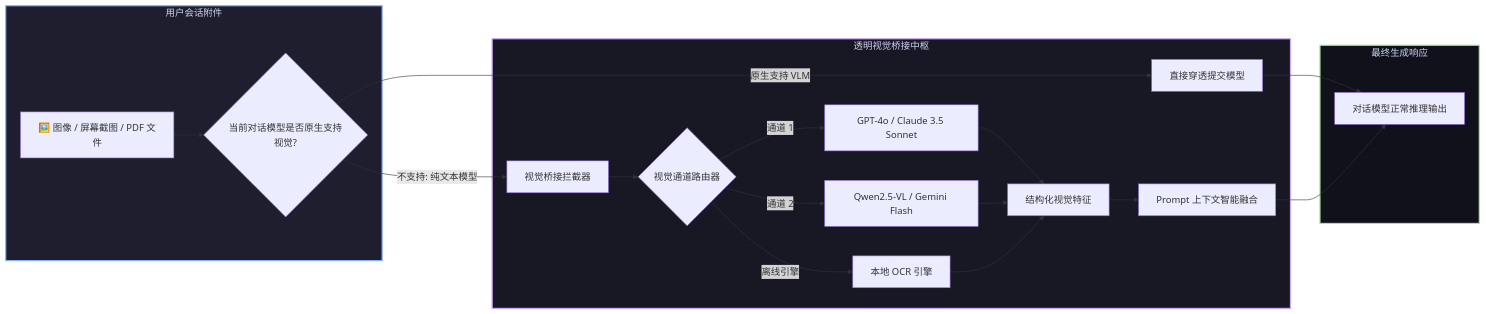
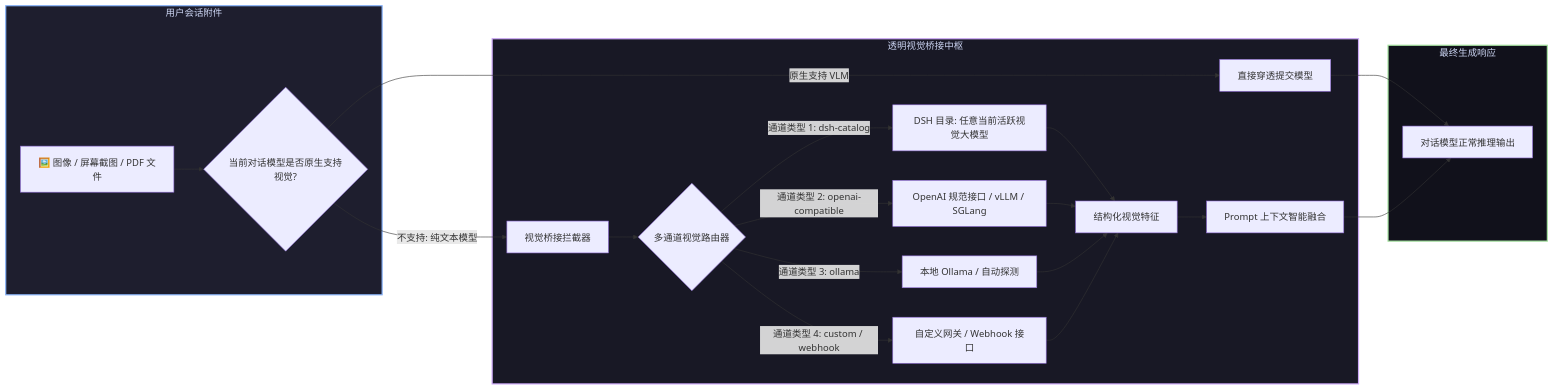
One commit to GooDAnDReaDY/dsh-vision-bridge changed the diagram in README.zh.md. Above: the diagram before and after it, drawn with Mermaid. The commit also changed other lines of this file and 2 other files, not shown here.

Commit message:
docs: correct dsh-vision-bridge channels architecture to reflect dynamic 5 channel types and autoLocalOllama

````diff
--- a/README.zh.md
+++ b/README.zh.md
@@ -32,28 +32,30 @@
 ```mermaid
 graph LR
     subgraph Input [用户会话附件]
         Attach[🖼️ 图像 / 屏幕截图 / PDF 文件] --> Check{当前对话模型是否原生支持视觉?}
     end
 
     subgraph Transparent [透明视觉桥接中枢]
         Check -->|原生支持 VLM| Pass[直接穿透提交模型]
         Check -->|不支持: 纯文本模型| Interceptor[视觉桥接拦截器]
-        Interceptor --> VisionRouter{视觉通道路由器}
-        VisionRouter -->|通道 1| V1[GPT-4o / Claude 3.5 Sonnet]
-        VisionRouter -->|通道 2| V2[Qwen2.5-VL / Gemini Flash]
-        VisionRouter -->|离线引擎| V3[本地 OCR 引擎]
-        V1 --> Structured[结构化视觉特征]
-        V2 --> Structured
-        V3 --> Structured
+        Interceptor --> VisionRouter{多通道视觉路由器}
+        VisionRouter -->|通道类型 1: dsh-catalog| C1[DSH 目录: 任意当前活跃视觉大模型]
+        VisionRouter -->|通道类型 2: openai-compatible| C2[OpenAI 规范接口 / vLLM / SGLang]
+        VisionRouter -->|通道类型 3: ollama| C3[本地 Ollama / 自动探测]
+        VisionRouter -->|通道类型 4: custom / webhook| C4[自定义网关 / Webhook 接口]
+        C1 --> Structured[结构化视觉特征]
+        C2 --> Structured
+        C3 --> Structured
+        C4 --> Structured
         Structured --> Fuse[Prompt 上下文智能融合]
     end
 
     subgraph Execution [最终生成响应]
         Pass --> LLM[对话模型正常推理输出]
         Fuse --> LLM
     end
 
     style Input fill:#1e1e2e,stroke:#89b4fa,stroke-width:2px,color:#cdd6f4
     style Transparent fill:#181825,stroke:#cba6f7,stroke-width:2px,color:#cdd6f4
     style Execution fill:#11111b,stroke:#a6e3a1,stroke-width:2px,color:#cdd6f4
 ```
````
